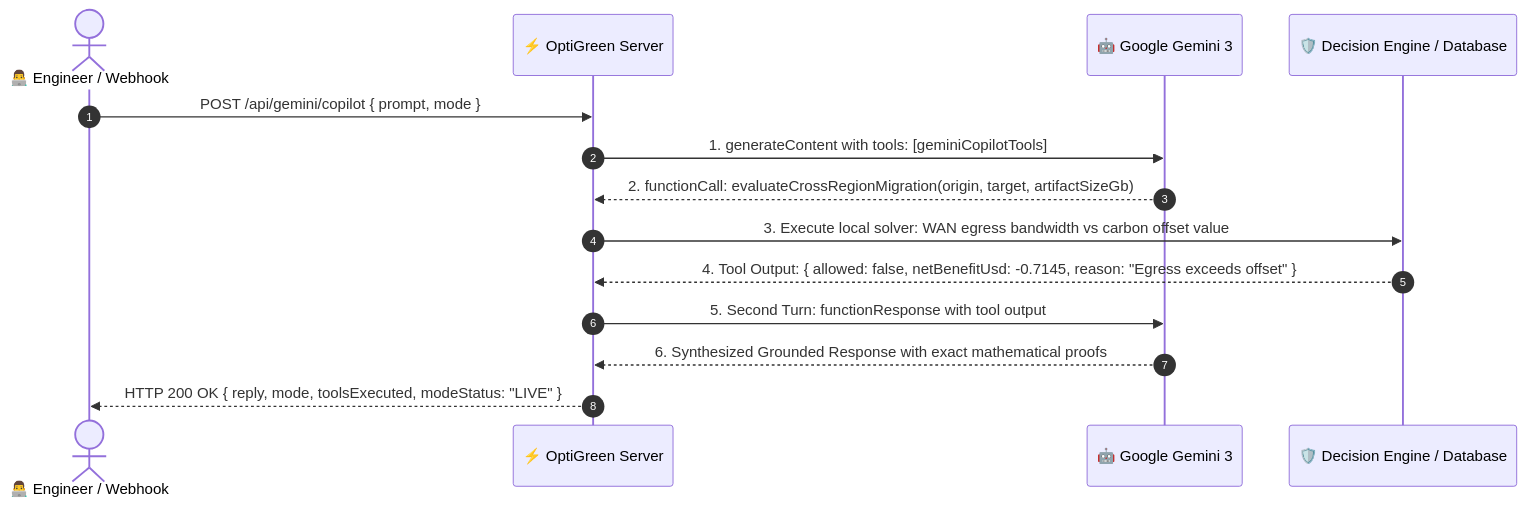
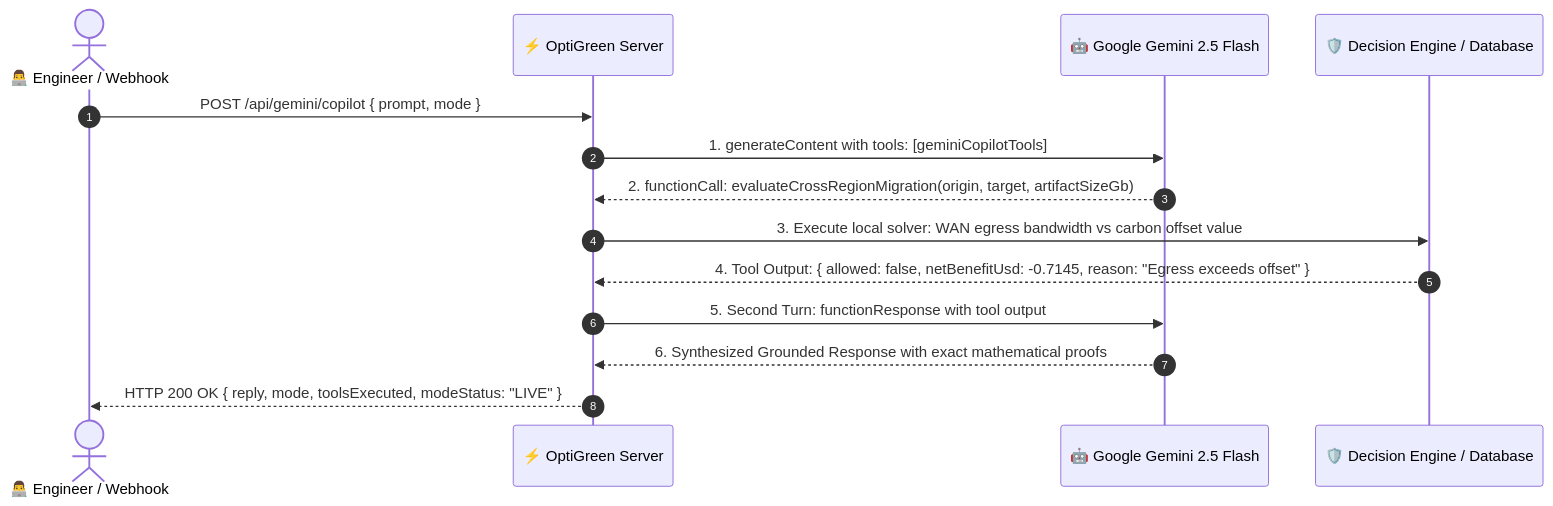
The first of 3 diagrams in README.md (Jacksonfio/Optigreen), drawn with Mermaid before and after one commit. The commit also changed other lines of this file and 6 other files, not shown here.

Commit message:
docs: standardize Gemini 2.5 Flash naming, align firebase config and GCP client to asia-south1 optigreen-513511

````diff
--- a/README.md
+++ b/README.md
@@ -247,17 +247,17 @@
 ```mermaid
 sequenceDiagram
     autonumber
     actor Dev as 👨‍💻 Engineer / Webhook
     participant Server as ⚡ OptiGreen Server
-    participant Gemini as 🤖 Google Gemini 3
+    participant Gemini as 🤖 Google Gemini 2.5 Flash
     participant Engine as 🛡️ Decision Engine / Database
 
     Dev->>Server: POST /api/gemini/copilot { prompt, mode }
     Server->>Gemini: 1. generateContent with tools: [geminiCopilotTools]
     Gemini-->>Server: 2. functionCall: evaluateCrossRegionMigration(origin, target, artifactSizeGb)
     Server->>Engine: 3. Execute local solver: WAN egress bandwidth vs carbon offset value
     Engine-->>Server: 4. Tool Output: { allowed: false, netBenefitUsd: -0.7145, reason: "Egress exceeds offset" }
     Server->>Gemini: 5. Second Turn: functionResponse with tool output
     Gemini-->>Server: 6. Synthesized Grounded Response with exact mathematical proofs
     Server-->>Dev: HTTP 200 OK { reply, mode, toolsExecuted, modeStatus: "LIVE" }
 ```
````
